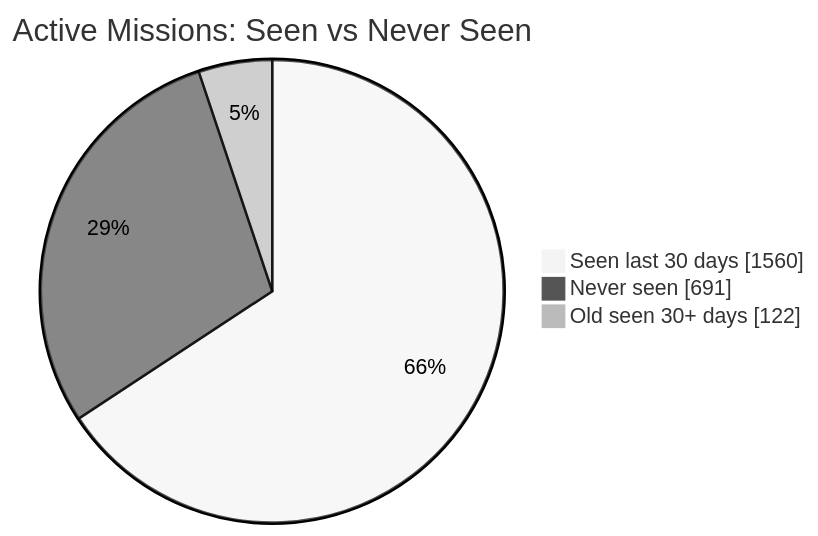
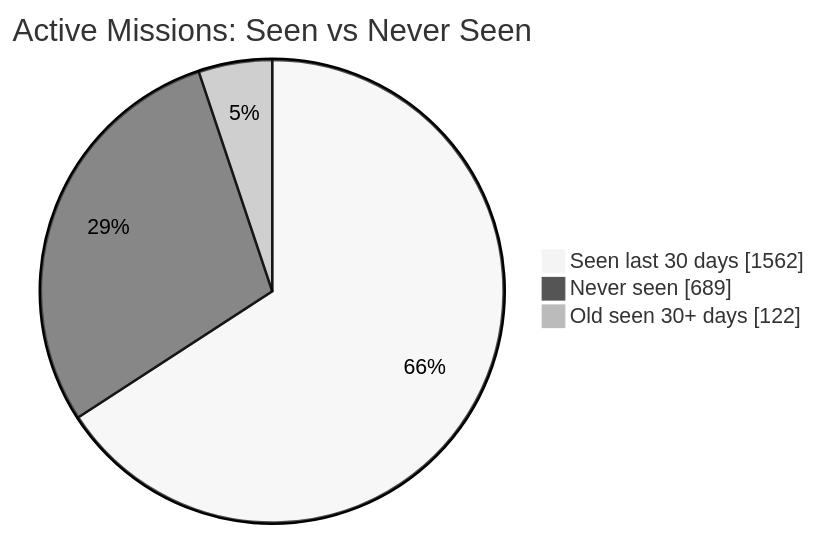
The first of 2 diagrams in README.md (MeldkamerspelGameTeam/active-missions), drawn with Mermaid (neutral theme) before and after one commit. The commit also changed other lines of this file and 3 other files, not shown here.

````diff
--- a/README.md
+++ b/README.md
@@ -34,7 +34,7 @@
 ```mermaid
 pie showData
     title Active Missions: Seen vs Never Seen
-    "Seen last 30 days" : 1560
-    "Never seen" : 691
+    "Seen last 30 days" : 1562
+    "Never seen" : 689
     "Old seen 30+ days" : 122
 ```
````
